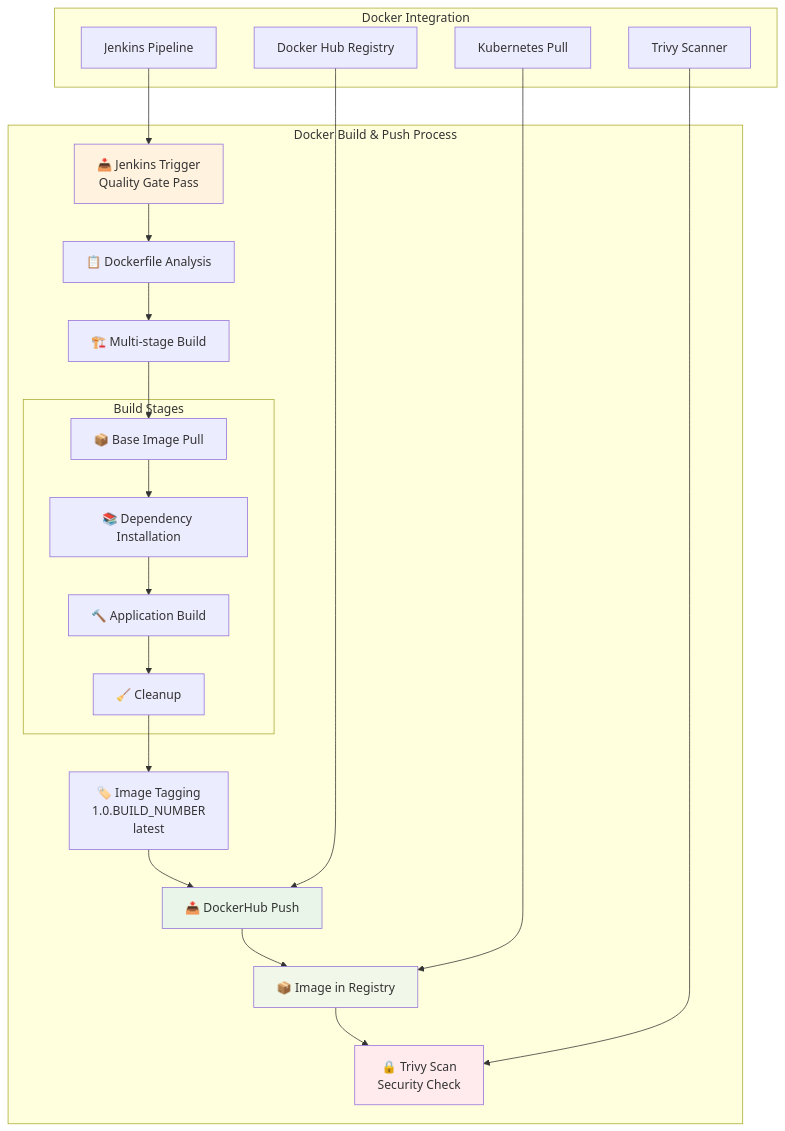
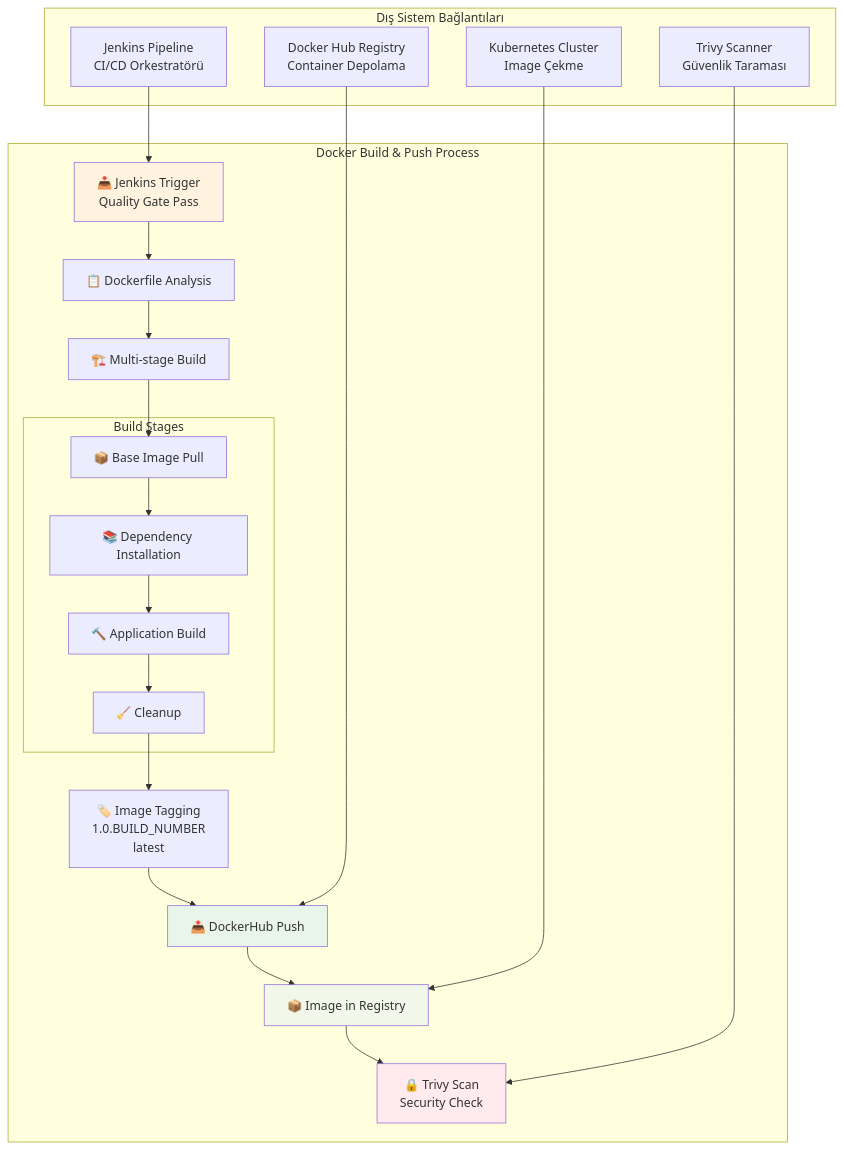
One commit to onurglr/aws-pipeline changed the second of 9 diagrams in detailed-devops-diagrams.md. Above: the diagram before and after it, drawn with Mermaid. The commit also changed other lines of this file, not shown here.

````diff
--- a/detailed-devops-diagrams.md
+++ b/detailed-devops-diagrams.md
@@ -43,36 +43,36 @@
 ```mermaid
 graph TB
     subgraph "Docker Build & Push Process"
         A[📥 Jenkins Trigger<br/>Quality Gate Pass] --> B[📋 Dockerfile Analysis]
         B --> C[🏗️ Multi-stage Build]
         
         subgraph "Build Stages"
             C1[📦 Base Image Pull]
             C2[📚 Dependency Installation]
             C3[🔨 Application Build]
             C4[🧹 Cleanup]
         end
         
         C --> C1
         C1 --> C2
         C2 --> C3
         C3 --> C4
         
         C4 --> D[🏷️ Image Tagging<br/>1.0.BUILD_NUMBER<br/>latest]
         D --> E[📤 DockerHub Push]
         E --> F[📦 Image in Registry]
         F --> G[🔒 Trivy Scan<br/>Security Check]
     end
     
-    subgraph "Docker Integration"
-        H[Jenkins Pipeline] --> A
-        I[Docker Hub Registry] --> E
-        J[Trivy Scanner] --> G
-        K[Kubernetes Pull] --> F
+    subgraph "Dış Sistem Bağlantıları"
+        H[Jenkins Pipeline<br/>CI/CD Orkestratörü] --> A
+        I[Docker Hub Registry<br/>Container Depolama] --> E
+        J[Trivy Scanner<br/>Güvenlik Taraması] --> G
+        K[Kubernetes Cluster<br/>Image Çekme] --> F
     end
     
     style A fill:#fff3e0
     style E fill:#e8f5e8
     style G fill:#ffebee
     style F fill:#f1f8e9
 ```
````
